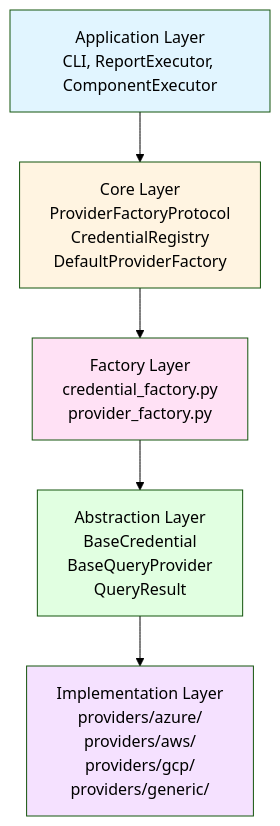
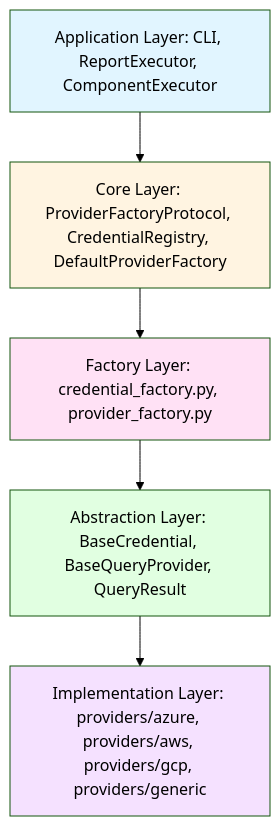
Before and after one commit to idev-hub/QueryHub: the first of 3 diagrams in docs/reference/architecture.md, drawn with Mermaid (forest theme). The commit also changed other lines of this file and 1 other file, not shown here.

Commit message:
fix(docs): Improve clarity of mermaid diagrams in architecture documentation

````diff
--- a/docs/reference/architecture.md
+++ b/docs/reference/architecture.md
@@ -27,13 +27,13 @@
 ```mermaid
 graph TD
-    A[Application Layer<br/>CLI, ReportExecutor, ComponentExecutor] --> B[Core Layer<br/>ProviderFactoryProtocol<br/>CredentialRegistry<br/>DefaultProviderFactory]
-    B --> C[Factory Layer<br/>credential_factory.py<br/>provider_factory.py]
-    C --> D[Abstraction Layer<br/>BaseCredential<br/>BaseQueryProvider<br/>QueryResult]
-    D --> E[Implementation Layer<br/>providers/azure/<br/>providers/aws/<br/>providers/gcp/<br/>providers/generic/]
+    A["Application Layer: CLI, ReportExecutor, ComponentExecutor"] --> B["Core Layer: ProviderFactoryProtocol, CredentialRegistry, DefaultProviderFactory"]
+    B --> C["Factory Layer: credential_factory.py, provider_factory.py"]
+    C --> D["Abstraction Layer: BaseCredential, BaseQueryProvider, QueryResult"]
+    D --> E["Implementation Layer: providers/azure, providers/aws, providers/gcp, providers/generic"]
     
     style A fill:#e1f5ff
     style B fill:#fff4e1
     style C fill:#ffe1f5
     style D fill:#e1ffe1
     style E fill:#f5e1ff
 ```
````
